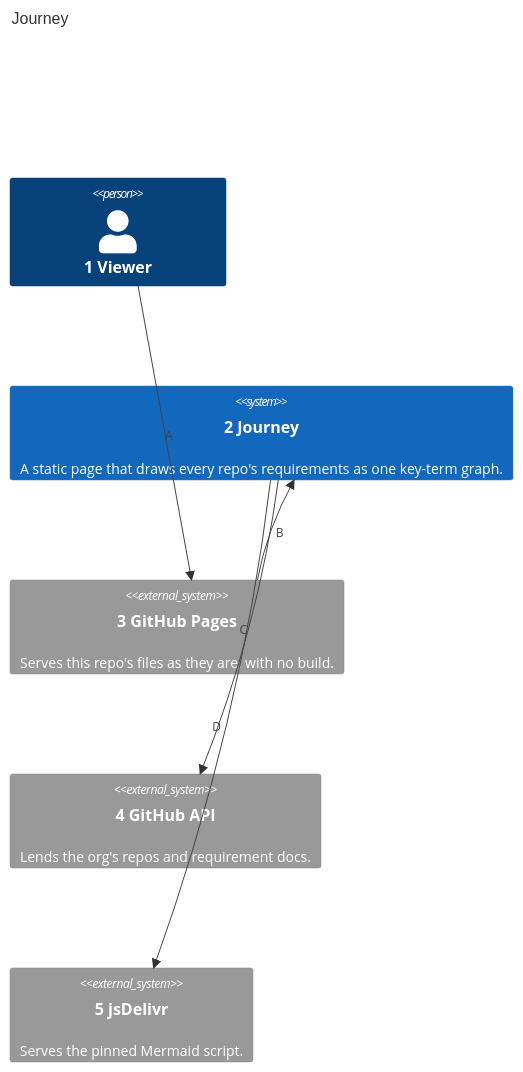
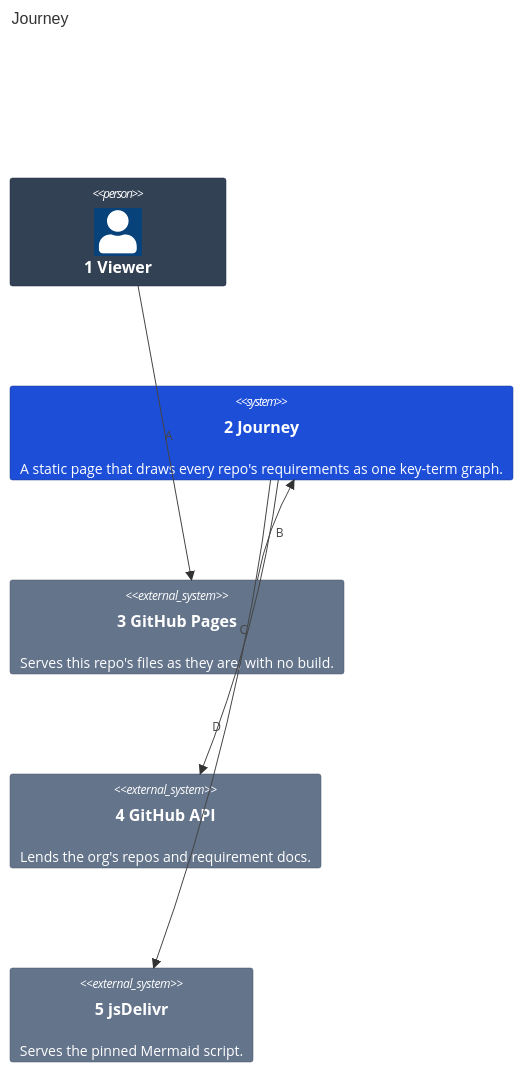
One commit to may-journal/journey changed the first of 2 diagrams in docs/architecture/01-system-context.md. Above: the diagram before and after it, drawn with Mermaid. The commit also changed other lines of this file and 4 other files, not shown here.

First line of the commit message:
docs(architecture): draw each view in its level's form and palette (#17)

````diff
--- a/docs/architecture/01-system-context.md
+++ b/docs/architecture/01-system-context.md
@@ -7,15 +7,21 @@
 ```mermaid
 C4Context
     title Journey
 
     Person(viewer, "1 Viewer")
     System(journey, "2 Journey", "A static page that draws every repo's requirements as one key-term graph.")
     System_Ext(pages, "3 GitHub Pages", "Serves this repo's files as they are, with no build.")
     System_Ext(github, "4 GitHub API", "Lends the org's repos and requirement docs.")
     System_Ext(cdn, "5 jsDelivr", "Serves the pinned Mermaid script.")
 
     Rel(viewer, pages, "A")
     Rel(pages, journey, "B")
     Rel(journey, github, "C")
     Rel(journey, cdn, "D")
+
+    UpdateElementStyle(viewer, $bgColor="#334155", $borderColor="#1e293b", $fontColor="#ffffff")
+    UpdateElementStyle(journey, $bgColor="#1d4ed8", $borderColor="#1e3a8a", $fontColor="#ffffff")
+    UpdateElementStyle(pages, $bgColor="#64748b", $borderColor="#475569", $fontColor="#ffffff")
+    UpdateElementStyle(github, $bgColor="#64748b", $borderColor="#475569", $fontColor="#ffffff")
+    UpdateElementStyle(cdn, $bgColor="#64748b", $borderColor="#475569", $fontColor="#ffffff")
 ```
````
